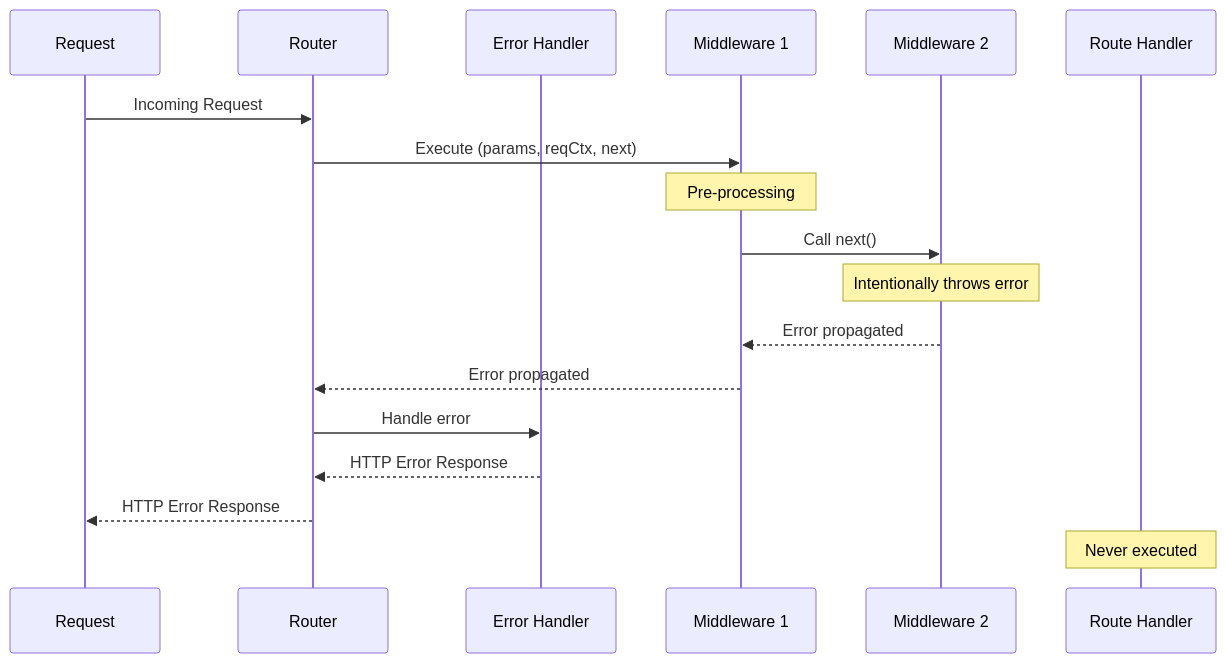
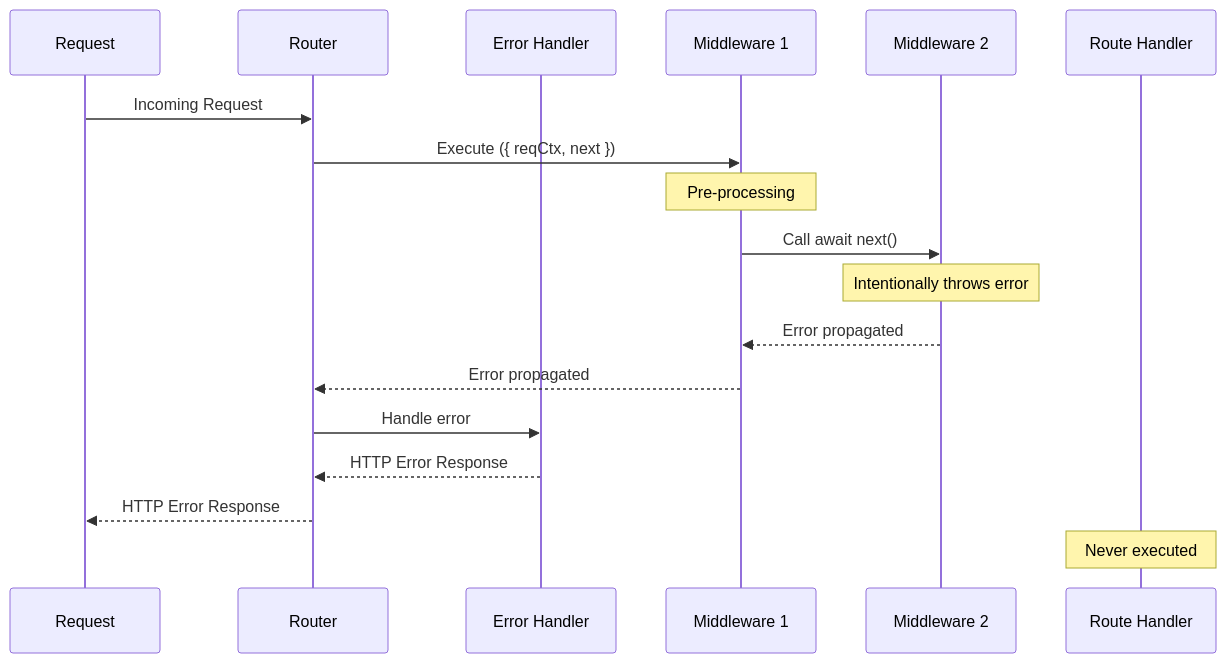
One commit to aws-powertools/powertools-lambda-typescript changed the diagram in examples/snippets/event-handler/rest/diagrams/middleware_throwing_error.mermaid. Above: the diagram before and after it, drawn with Mermaid. The commit also changed 23 other files, not shown here.

```diff
--- a/examples/snippets/event-handler/rest/diagrams/middleware_throwing_error.mermaid
+++ b/examples/snippets/event-handler/rest/diagrams/middleware_throwing_error.mermaid
@@ -1,19 +1,19 @@
 sequenceDiagram
     participant Request
     participant Router
     participant EH as Error Handler
     participant M1 as Middleware 1
     participant M2 as Middleware 2
     participant Handler as Route Handler
 
     Request->>Router: Incoming Request
-    Router->>M1: Execute (params, reqCtx, next)
+    Router->>M1: Execute ({ reqCtx, next })
     Note over M1: Pre-processing
-    M1->>M2: Call next()
+    M1->>M2: Call await next()
     Note over M2: Intentionally throws error
     M2-->>M1: Error propagated
     M1-->>Router: Error propagated
     Router->>EH: Handle error
     EH-->>Router: HTTP Error Response
     Router-->>Request: HTTP Error Response
     Note over Handler: Never executed
```
